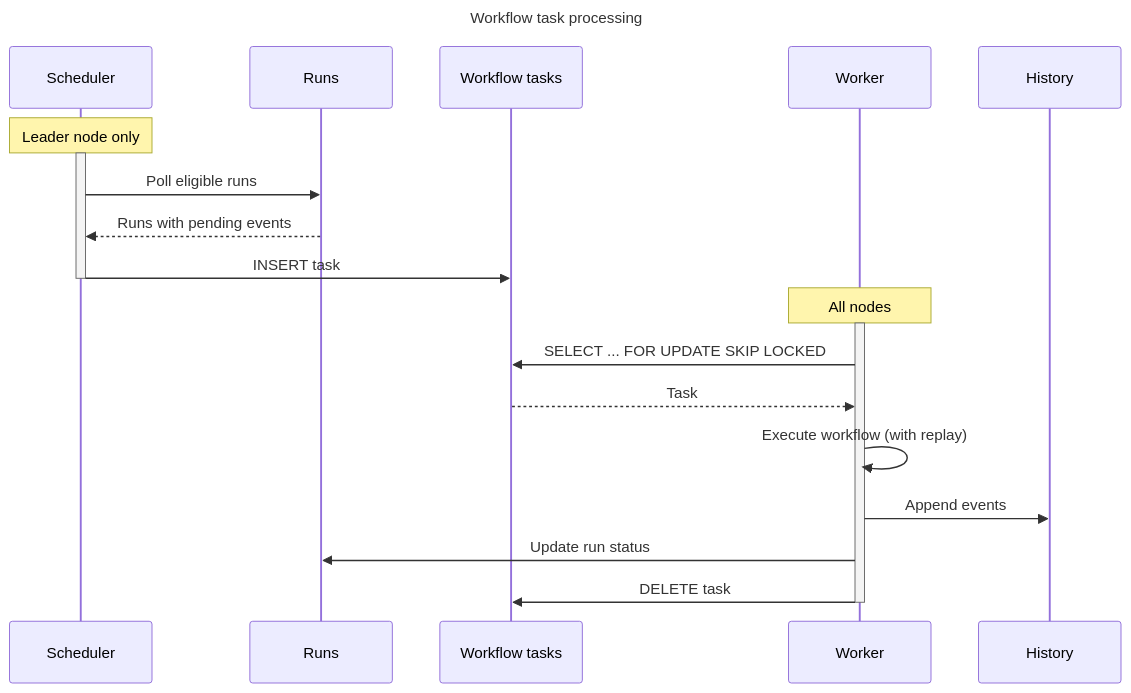
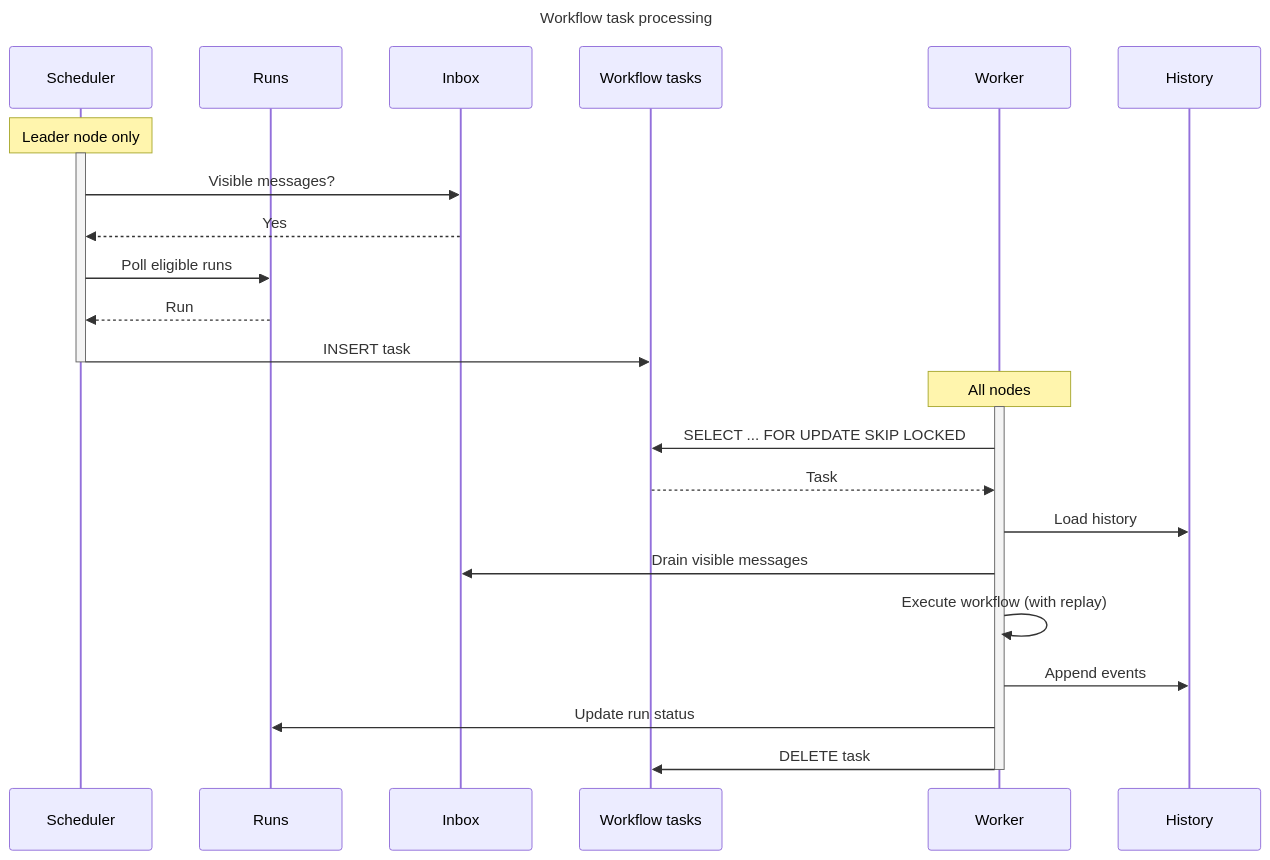
One commit to DependencyTrack/docs changed the fourth of 6 diagrams in docs/concepts/architecture/design/durable-execution.md. Above: the diagram before and after it, drawn with Mermaid. The commit also changed other lines of this file and 1 other file, not shown here.

````diff
--- a/docs/concepts/architecture/design/durable-execution.md
+++ b/docs/concepts/architecture/design/durable-execution.md
@@ -344,28 +437,33 @@
 ```mermaid
 ---
 title: Workflow task processing
 ---
 sequenceDiagram
     participant S as Scheduler
     participant R as Runs
+    participant I as Inbox
     participant T as Workflow tasks
     participant W as Worker
     participant H as History
 
     Note over S: Leader node only
     activate S
+    S ->> I: Visible messages?
+    I -->> S: Yes
     S ->> R: Poll eligible runs
-    R -->> S: Runs with pending events
+    R -->> S: Run
     S ->> T: INSERT task
     deactivate S
 
     Note over W: All nodes
     activate W
     W ->> T: SELECT ... FOR UPDATE SKIP LOCKED
     T -->> W: Task
+    W ->> H: Load history
+    W ->> I: Drain visible messages
     W ->> W: Execute workflow (with replay)
     W ->> H: Append events
     W ->> R: Update run status
     W ->> T: DELETE task
     deactivate W
 ```
````
